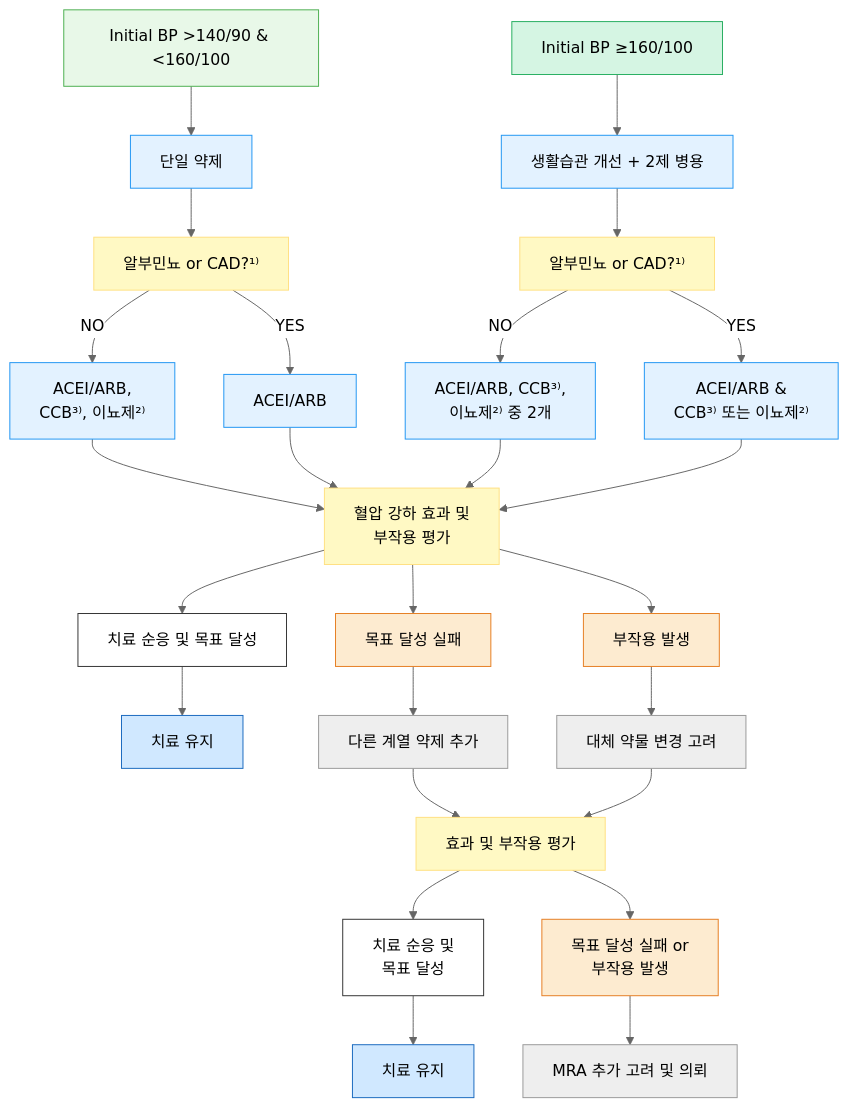
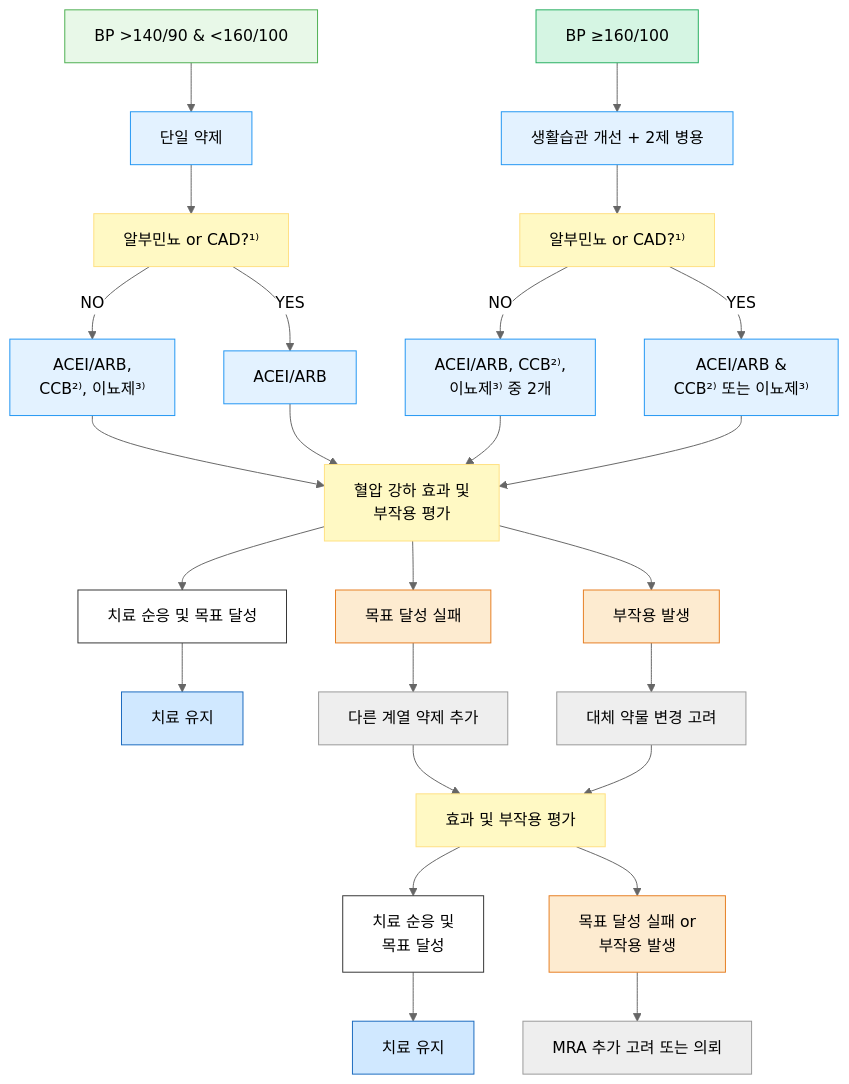
The fifth of 6 diagrams in 225_/095_-hypertension.md (familyoh77/familyoh77), drawn with Mermaid (neutral theme) before and after one commit. The commit also changed other lines of this file, not shown here.

````diff
--- a/225_/095_-hypertension.md
+++ b/225_/095_-hypertension.md
@@ -1175,38 +1171,38 @@
 ```mermaid
 flowchart TD
-    Start1["Initial BP >140/90 & <160/100"]
-    Start2["Initial BP ≥160/100"]
+    Start1["BP >140/90 & <160/100"]
+    Start2["BP ≥160/100"]
 style Start1 fill:#e8f8e8,stroke:#4caf50
 style Start2 fill:#d5f5e3,stroke:#27ae60
 
     Start1 --> S1["단일 약제"]
     Start2 --> S2["생활습관 개선 + 2제 병용"]    
     S1 --> Check1["알부민뇨 or CAD?¹⁾"]
-    Check1 -- NO --> Drugs1["ACEI/ARB, <br/>CCB³⁾, 이뇨제²⁾"]
+    Check1 -- NO --> Drugs1["ACEI/ARB, <br/>CCB²⁾, 이뇨제³⁾"]
     Check1 -- YES --> Drugs2["ACEI/ARB"]
     S2 --> Check2["알부민뇨 or CAD?¹⁾"]
-    Check2 -- NO --> Drugs3["ACEI/ARB, CCB³⁾, <br/>이뇨제²⁾ 중 2개"]
-    Check2 -- YES --> Drugs4["ACEI/ARB & <br/>CCB³⁾ 또는 이뇨제²⁾"]
+    Check2 -- NO --> Drugs3["ACEI/ARB, CCB²⁾, <br/>이뇨제³⁾ 중 2개"]
+    Check2 -- YES --> Drugs4["ACEI/ARB & <br/>CCB²⁾ 또는 이뇨제³⁾"]
     Drugs1 & Drugs2 & Drugs3 & Drugs4 --> Eval1["혈압 강하 효과 및 <br/>부작용 평가"] 
     Eval1 --> Success["치료 순응 및 목표 달성"]
     Eval1 --> Fail["목표 달성 실패"]
     Eval1 --> SideEffect["부작용 발생"]
     Success --> Maintain["치료 유지"]
     Fail --> AddDrug["다른 계열 약제 추가"]
     SideEffect --> ChangeDrug["대체 약물 변경 고려"]
     AddDrug & ChangeDrug --> Eval2["효과 및 부작용 평가"]
     Eval2 --> Success2["치료 순응 및 <br/>목표 달성"]
     Eval2 --> Fail2["목표 달성 실패 or <br/>부작용 발생"]
     Success2 --> Maintain2["치료 유지"]
-    Fail2 --> Referral["MRA 추가 고려 및 의뢰"]
+    Fail2 --> Referral["MRA 추가 고려 또는 의뢰"]
 classDef white fill:#fff,stroke:#333
 class Success2,Success white
 classDef orange fill:#fdebd0,stroke:#e67e22
 class Fail,Fail2,SideEffect orange
 classDef blue fill:#d0e8ff,stroke:#1a6abf
 class Maintain2,Maintain blue
 classDef yellow fill:#fff9c4,stroke:#ffe082
 class Check1,Check2,Eval2,Eval1 yellow
 classDef sky fill:#e3f2ff,stroke:#2196f3
 class S1,S2,Drugs1,Drugs2,Drugs3,Drugs4 sky
 ```
````
